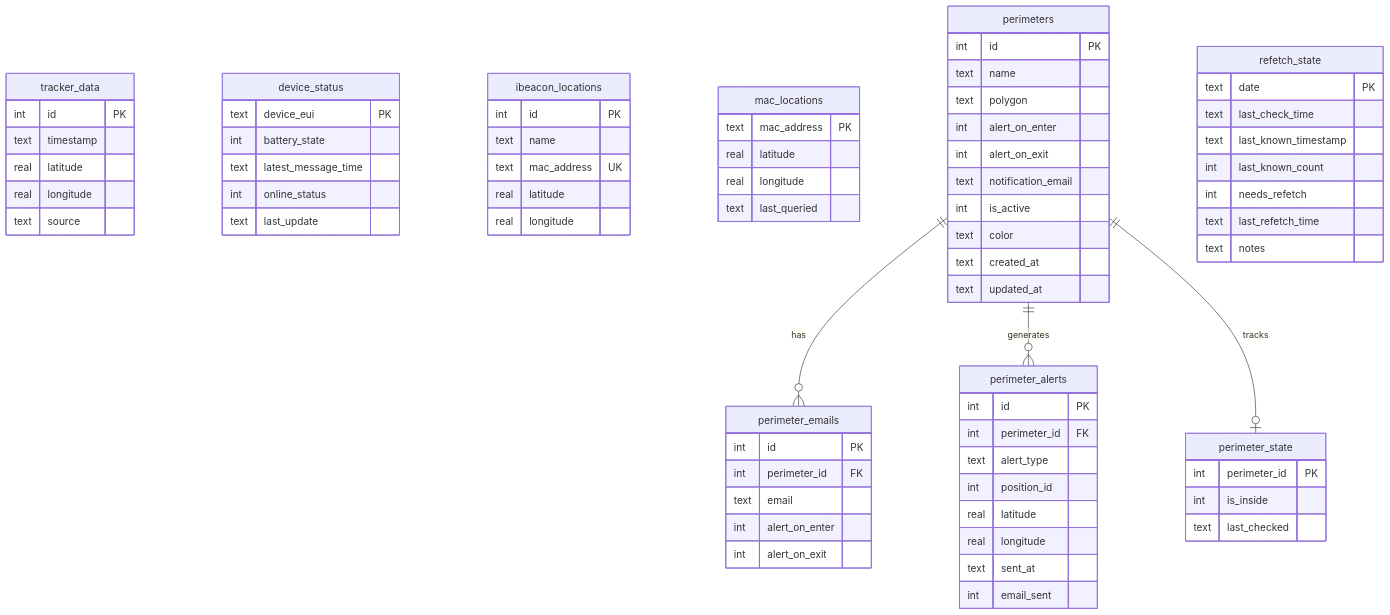
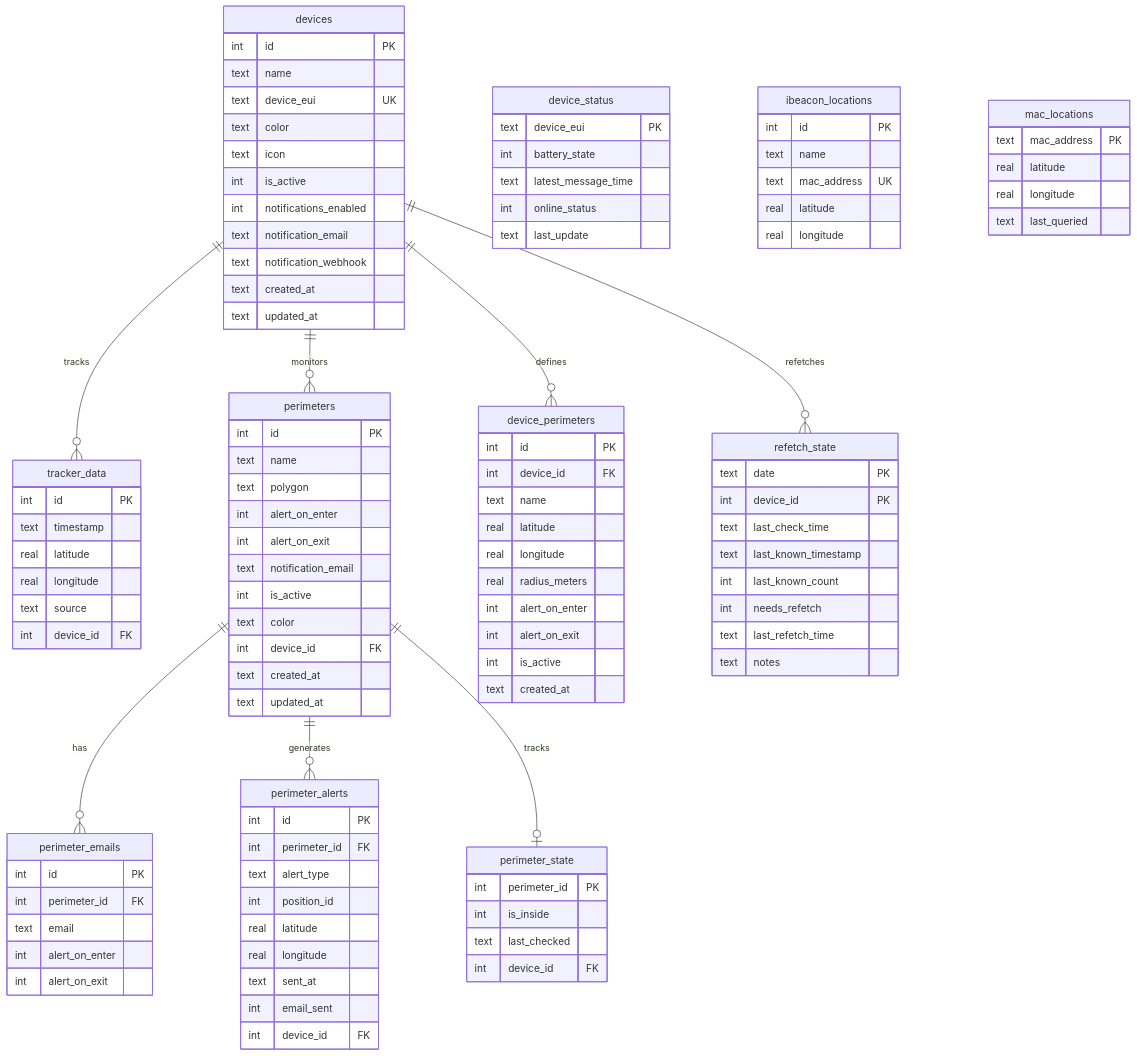
Before and after one commit to cpusmsng/tracker: the fourth of 6 diagrams in ARCHITECTURE.md, drawn with Mermaid. The commit also changed other lines of this file and 9 other files, not shown here.

First line of the commit message:
Add multi-device support for tracking multiple SenseCAP T1000-A devices

````diff
--- a/ARCHITECTURE.md
+++ b/ARCHITECTURE.md
@@ -171,11 +176,26 @@
 ```mermaid
 erDiagram
+    devices {
+        int id PK
+        text name
+        text device_eui UK
+        text color
+        text icon
+        int is_active
+        int notifications_enabled
+        text notification_email
+        text notification_webhook
+        text created_at
+        text updated_at
+    }
+
     tracker_data {
         int id PK
         text timestamp
         real latitude
         real longitude
         text source
+        int device_id FK
     }
 
     device_status {
@@ -210,6 +230,7 @@
         text notification_email
         int is_active
         text color
+        int device_id FK
         text created_at
         text updated_at
     }
@@ -231,16 +252,32 @@
         real longitude
         text sent_at
         int email_sent
+        int device_id FK
     }
 
     perimeter_state {
         int perimeter_id PK
         int is_inside
         text last_checked
+        int device_id FK
+    }
+
+    device_perimeters {
+        int id PK
+        int device_id FK
+        text name
+        real latitude
+        real longitude
+        real radius_meters
+        int alert_on_enter
+        int alert_on_exit
+        int is_active
+        text created_at
     }
 
     refetch_state {
         text date PK
+        int device_id PK
         text last_check_time
         text last_known_timestamp
         int last_known_count
@@ -249,6 +286,10 @@
         text notes
     }
 
+    devices ||--o{ tracker_data : tracks
+    devices ||--o{ device_perimeters : defines
+    devices ||--o{ perimeters : monitors
+    devices ||--o{ refetch_state : refetches
     perimeters ||--o{ perimeter_emails : has
     perimeters ||--o{ perimeter_alerts : generates
     perimeters ||--o| perimeter_state : tracks
````
